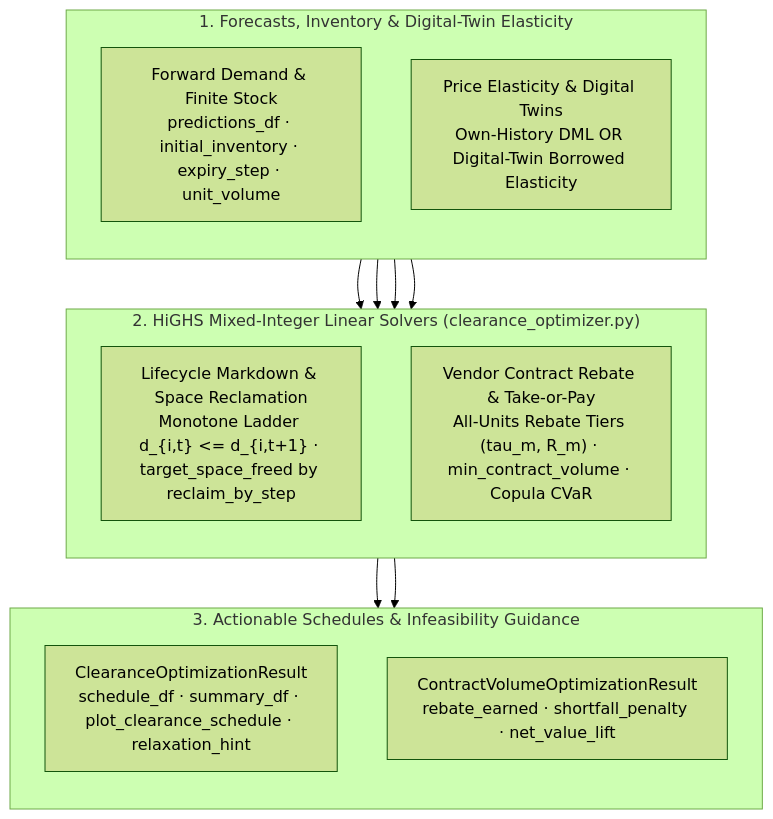
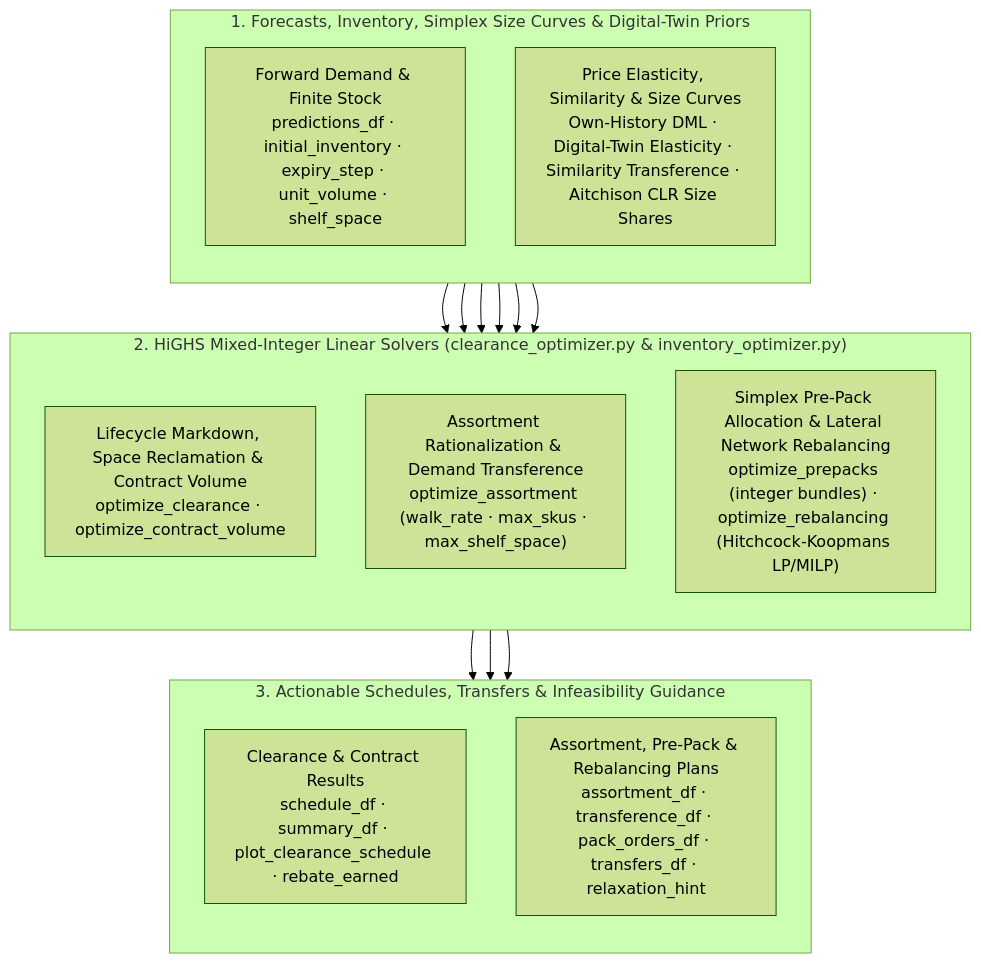
The sixth of 6 diagrams in docs/forecaster_workbench.md (statmike/scale-forecasting), drawn with Mermaid (forest theme) before and after one commit. The commit also changed other lines of this file and 30 other files, not shown here.

````diff
--- a/docs/forecaster_workbench.md
+++ b/docs/forecaster_workbench.md
@@ -298,21 +298,22 @@
 ```mermaid
 flowchart TD
-    subgraph Inputs["1. Forecasts, Inventory & Digital-Twin Elasticity"]
+    subgraph Inputs["1. Forecasts, Inventory, Simplex Size Curves & Digital-Twin Priors"]
         direction TB
-        I1["Forward Demand & Finite Stock<br/>predictions_df · initial_inventory · expiry_step · unit_volume"]
-        I2["Price Elasticity & Digital Twins<br/>Own-History DML OR Digital-Twin Borrowed Elasticity"]
+        I1["Forward Demand & Finite Stock<br/>predictions_df · initial_inventory · expiry_step · unit_volume · shelf_space"]
+        I2["Price Elasticity, Similarity & Size Curves<br/>Own-History DML · Digital-Twin Elasticity · Similarity Transference · Aitchison CLR Size Shares"]
     end
-    subgraph MILP["2. HiGHS Mixed-Integer Linear Solvers (clearance_optimizer.py)"]
+    subgraph MILP["2. HiGHS Mixed-Integer Linear Solvers (clearance_optimizer.py & inventory_optimizer.py)"]
         direction TB
-        M1["Lifecycle Markdown & Space Reclamation<br/>Monotone Ladder d_{i,t} <= d_{i,t+1} · target_space_freed by reclaim_by_step"]
-        M2["Vendor Contract Rebate & Take-or-Pay<br/>All-Units Rebate Tiers (tau_m, R_m) · min_contract_volume · Copula CVaR"]
+        M1["Lifecycle Markdown, Space Reclamation & Contract Volume<br/>optimize_clearance · optimize_contract_volume"]
+        M2["Assortment Rationalization & Demand Transference<br/>optimize_assortment (walk_rate · max_skus · max_shelf_space)"]
+        M3["Simplex Pre-Pack Allocation & Lateral Network Rebalancing<br/>optimize_prepacks (integer bundles) · optimize_rebalancing (Hitchcock-Koopmans LP/MILP)"]
     end
-    subgraph Outputs["3. Actionable Schedules & Infeasibility Guidance"]
+    subgraph Outputs["3. Actionable Schedules, Transfers & Infeasibility Guidance"]
         direction TB
-        O1["ClearanceOptimizationResult<br/>schedule_df · summary_df · plot_clearance_schedule · relaxation_hint"]
-        O2["ContractVolumeOptimizationResult<br/>rebate_earned · shortfall_penalty · net_value_lift"]
+        O1["Clearance & Contract Results<br/>schedule_df · summary_df · plot_clearance_schedule · rebate_earned"]
+        O2["Assortment, Pre-Pack & Rebalancing Plans<br/>assortment_df · transference_df · pack_orders_df · transfers_df · relaxation_hint"]
     end
-    I1 & I2 --> M1 & M2
+    I1 & I2 --> M1 & M2 & M3
     M1 --> O1
-    M2 --> O2
+    M2 & M3 --> O2
 ```
````
